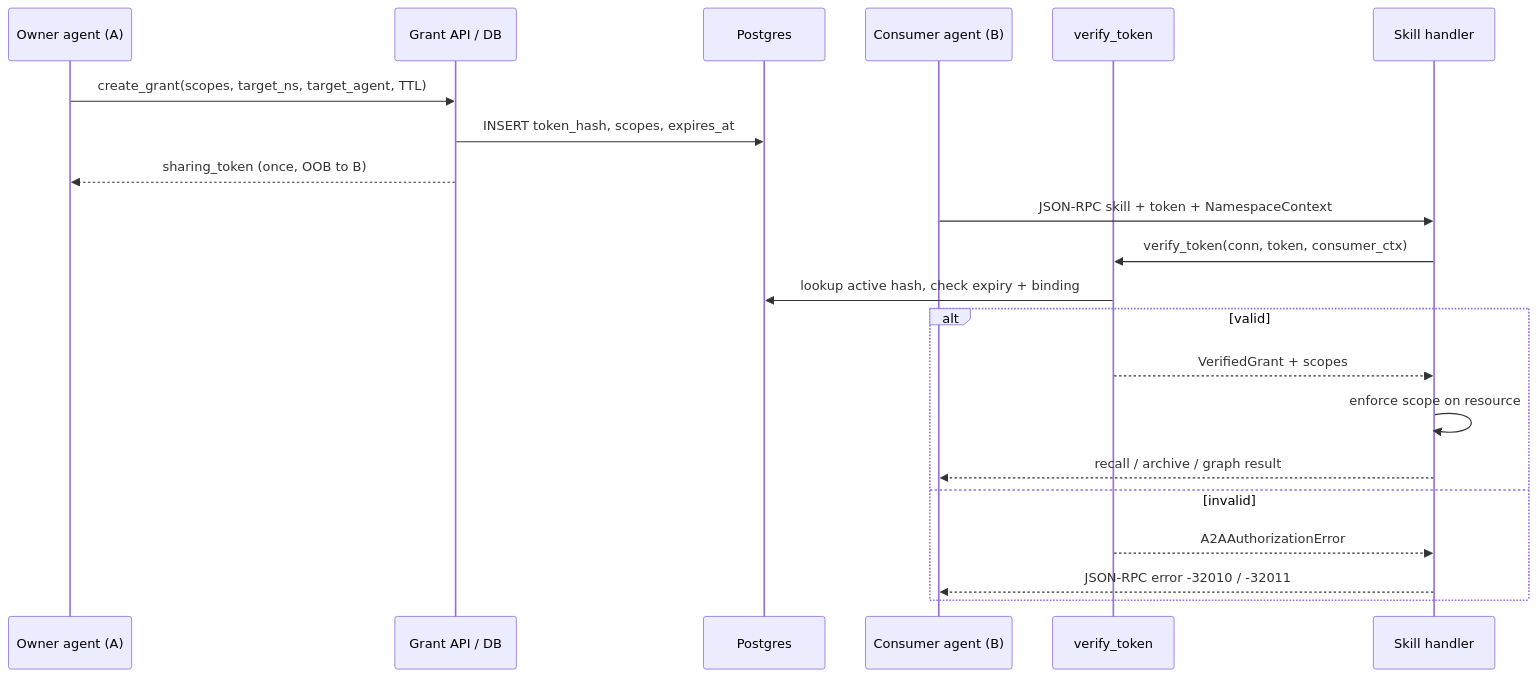
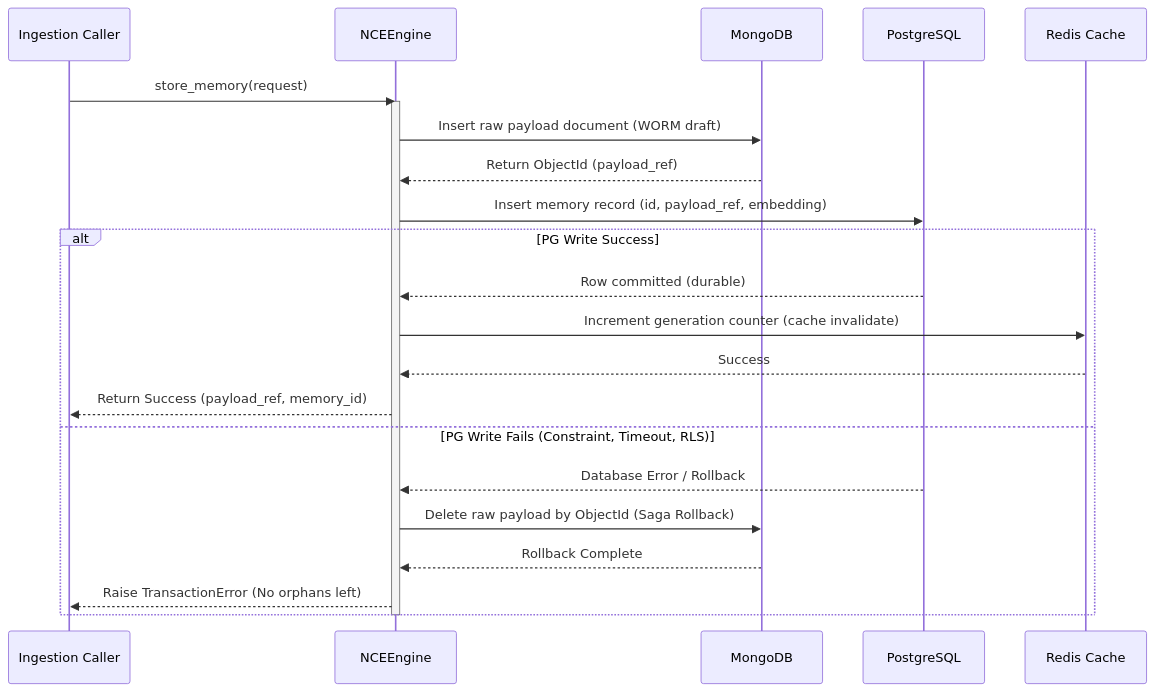
One commit to sindrehaugen/TriMCP changed the third of 4 diagrams in docs/architecture-v1.md. Above: the diagram before and after it, drawn with Mermaid. The commit also changed other lines of this file and 242 other files, not shown here.

````diff
--- a/docs/architecture-v1.md
+++ b/docs/architecture-v1.md
@@ -116,25 +160,27 @@
 ```mermaid
 sequenceDiagram
-  participant OA as Owner agent (A)
-  participant G as Grant API / DB
-  participant PG as Postgres
-  participant OB as Consumer agent (B)
-  participant V as verify_token
-  participant SK as Skill handler
+  participant Client as Ingestion Caller
+  participant Engine as NCEEngine
+  participant Mongo as MongoDB
+  participant PG as PostgreSQL
+  participant Redis as Redis Cache
 
-  OA->>G: create_grant(scopes, target_ns, target_agent, TTL)
-  G->>PG: INSERT token_hash, scopes, expires_at
-  G-->>OA: sharing_token (once, OOB to B)
-
-  OB->>SK: JSON-RPC skill + token + NamespaceContext
-  SK->>V: verify_token(conn, token, consumer_ctx)
-  V->>PG: lookup active hash, check expiry + binding
-  alt valid
-    V-->>SK: VerifiedGrant + scopes
-    SK->>SK: enforce scope on resource
-    SK-->>OB: recall / archive / graph result
-  else invalid
-    V-->>SK: A2AAuthorizationError
-    SK-->>OB: JSON-RPC error -32010 / -32011
+  Client->>Engine: store_memory(request)
+  activate Engine
+  Engine->>Mongo: Insert raw payload document (WORM draft)
+  Mongo-->>Engine: Return ObjectId (payload_ref)
+  
+  Engine->>PG: Insert memory record (id, payload_ref, embedding)
+  alt PG Write Success
+    PG-->>Engine: Row committed (durable)
+    Engine->>Redis: Increment generation counter (cache invalidate)
+    Redis-->>Engine: Success
+    Engine-->>Client: Return Success (payload_ref, memory_id)
+  else PG Write Fails (Constraint, Timeout, RLS)
+    PG-->>Engine: Database Error / Rollback
+    Engine->>Mongo: Delete raw payload by ObjectId (Saga Rollback)
+    Mongo-->>Engine: Rollback Complete
+    Engine-->>Client: Raise TransactionError (No orphans left)
   end
+  deactivate Engine
 ```
````
